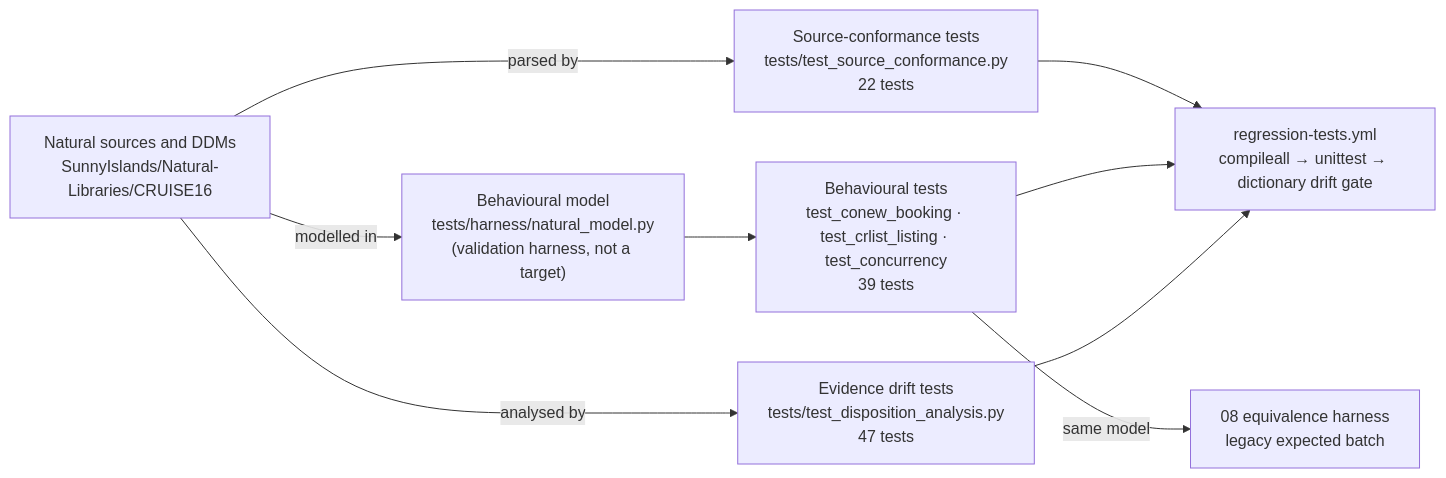
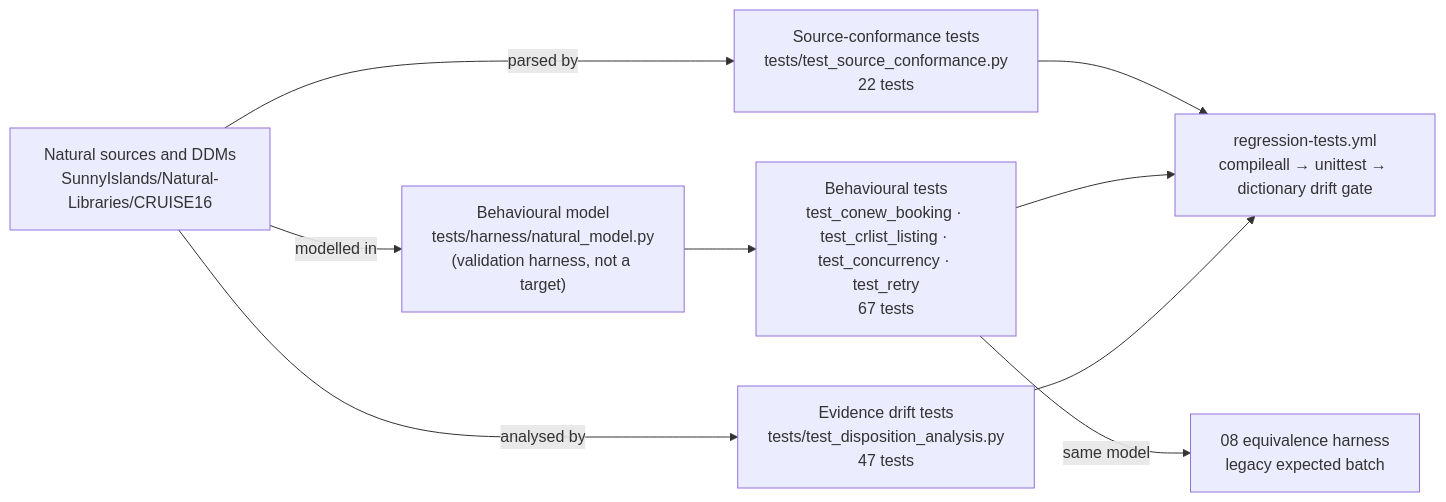
Before and after one commit to COG-GTM/ADABAS-natural-for-ajax-devops-sample-application: the diagram in fpps-hcm-modernization-deliverable/09-unit-test-regression-jcl-runcompare/test-generation-approach.md, drawn with Mermaid. The commit also changed other lines of this file and 14 other files, not shown here.

First line of the commit message:
Design and prove CONEW-N retry/concurrency re-architecture in the harness

````diff
--- a/fpps-hcm-modernization-deliverable/09-unit-test-regression-jcl-runcompare/test-generation-approach.md
+++ b/fpps-hcm-modernization-deliverable/09-unit-test-regression-jcl-runcompare/test-generation-approach.md
@@ -35,9 +35,9 @@
 ```mermaid
 flowchart LR
     SRC["Natural sources and DDMs<br/>SunnyIslands/Natural-Libraries/CRUISE16"] -->|"parsed by"| CONF["Source-conformance tests<br/>tests/test_source_conformance.py<br/>22 tests"]
     SRC -->|"modelled in"| MODEL["Behavioural model<br/>tests/harness/natural_model.py<br/>(validation harness, not a target)"]
-    MODEL --> BEH["Behavioural tests<br/>test_conew_booking · test_crlist_listing · test_concurrency<br/>39 tests"]
+    MODEL --> BEH["Behavioural tests<br/>test_conew_booking · test_crlist_listing · test_concurrency · test_retry<br/>67 tests"]
     SRC -->|"analysed by"| DISP["Evidence drift tests<br/>tests/test_disposition_analysis.py<br/>47 tests"]
     CONF & BEH & DISP --> CI["regression-tests.yml<br/>compileall → unittest → dictionary drift gate"]
     BEH -->|"same model"| EQ["08 equivalence harness<br/>legacy expected batch"]
 ```
````
